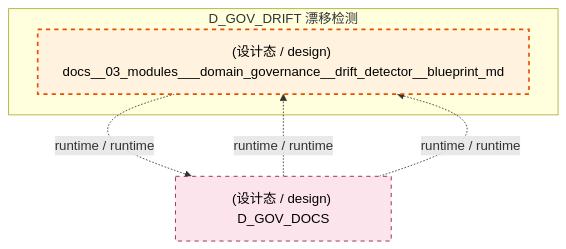
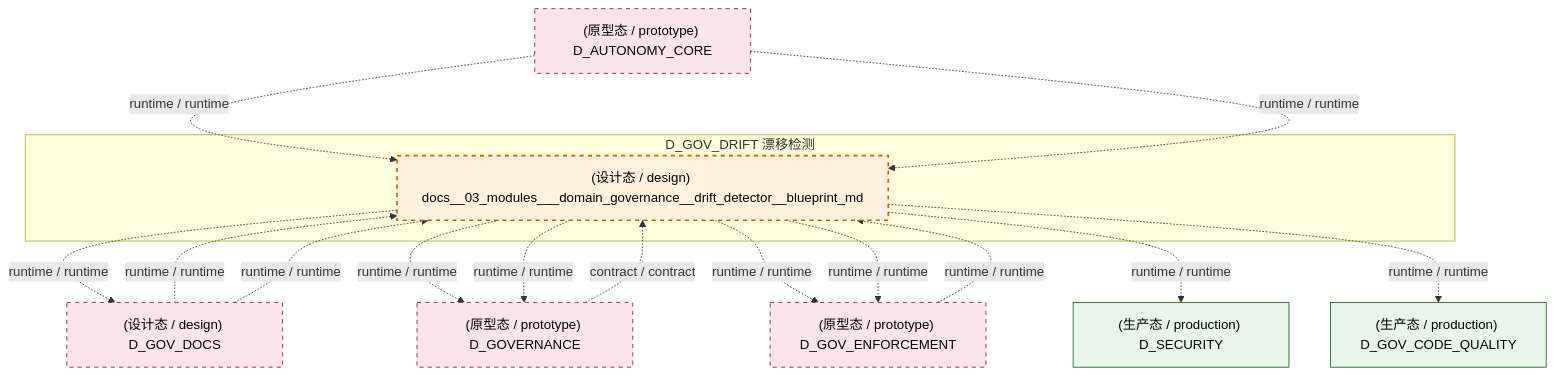
One commit to xuanFelixVan/ZephyrAlpha changed the third of 5 diagrams in docs/02_enterprise_architecture/02_domain_architecture_docs/39_d_gov_drift.md. Above: the diagram before and after it, drawn with Mermaid. The commit also changed other lines of this file and 112 other files, not shown here.

````diff
--- a/docs/02_enterprise_architecture/02_domain_architecture_docs/39_d_gov_drift.md
+++ b/docs/02_enterprise_architecture/02_domain_architecture_docs/39_d_gov_drift.md
@@ -258,16 +257,32 @@
 ```mermaid
 graph TD
     subgraph D_GOV_DRIFT["D_GOV_DRIFT 漂移检测"]
         docs_03_modules_domain_governance_drift_detector_blueprint_md["(设计态 / design) docs__03_modules___domain_governance__drift_detector__blueprint_md"]
     end
     D_GOV_DOCS["(设计态 / design) D_GOV_DOCS"]
     docs_03_modules_domain_governance_drift_detector_blueprint_md -.->|runtime / runtime| D_GOV_DOCS
+    D_GOVERNANCE["(原型态 / prototype) D_GOVERNANCE"]
+    docs_03_modules_domain_governance_drift_detector_blueprint_md -.->|runtime / runtime| D_GOVERNANCE
+    D_GOV_ENFORCEMENT["(原型态 / prototype) D_GOV_ENFORCEMENT"]
+    docs_03_modules_domain_governance_drift_detector_blueprint_md -.->|runtime / runtime| D_GOV_ENFORCEMENT
+    D_SECURITY["(生产态 / production) D_SECURITY"]
+    docs_03_modules_domain_governance_drift_detector_blueprint_md -.->|runtime / runtime| D_SECURITY
+    D_GOV_CODE_QUALITY["(生产态 / production) D_GOV_CODE_QUALITY"]
+    docs_03_modules_domain_governance_drift_detector_blueprint_md -.->|runtime / runtime| D_GOV_CODE_QUALITY
+    docs_03_modules_domain_governance_drift_detector_blueprint_md -.->|runtime / runtime| D_GOV_ENFORCEMENT
+    docs_03_modules_domain_governance_drift_detector_blueprint_md -.->|runtime / runtime| D_GOVERNANCE
+    D_GOV_ENFORCEMENT -.->|runtime / runtime| docs_03_modules_domain_governance_drift_detector_blueprint_md
     D_GOV_DOCS -.->|runtime / runtime| docs_03_modules_domain_governance_drift_detector_blueprint_md
     D_GOV_DOCS -.->|runtime / runtime| docs_03_modules_domain_governance_drift_detector_blueprint_md
+    D_GOVERNANCE -.->|contract / contract| docs_03_modules_domain_governance_drift_detector_blueprint_md
+    D_AUTONOMY_CORE["(原型态 / prototype) D_AUTONOMY_CORE"]
+    D_AUTONOMY_CORE -.->|runtime / runtime| docs_03_modules_domain_governance_drift_detector_blueprint_md
+    D_AUTONOMY_CORE -.->|runtime / runtime| docs_03_modules_domain_governance_drift_detector_blueprint_md
     classDef production fill:#e1f5fe,stroke:#01579b,stroke-width:2px,color:#000
     classDef design fill:#fff3e0,stroke:#e65100,stroke-width:2px,color:#000,stroke-dasharray: 5 5
     classDef external_prod fill:#e8f5e9,stroke:#1b5e20,stroke-width:1px,color:#000
     classDef external_design fill:#fce4ec,stroke:#880e4f,stroke-width:1px,color:#000,stroke-dasharray: 5 5
     class docs_03_modules_domain_governance_drift_detector_blueprint_md design
-    class D_GOV_DOCS external_design
+    class D_SECURITY,D_GOV_CODE_QUALITY external_prod
+    class D_GOV_DOCS,D_GOVERNANCE,D_GOV_ENFORCEMENT,D_AUTONOMY_CORE external_design
 ```
````
